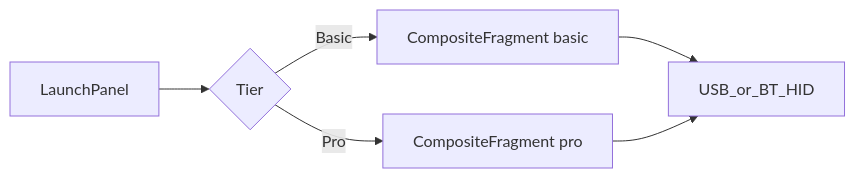
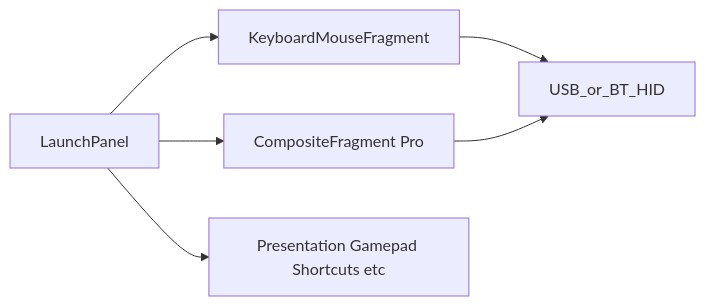
One commit to TechxArtisanStudio/Openterface_KeyCmd_Android changed the diagram in .cursor/plans/beginner_kbm_vs_pro_4c6a2ce1.plan.md. Above: the diagram before and after it, drawn with Mermaid. The commit also changed other lines of this file and 31 other files, not shown here.

First line of the commit message:
feat: add Keyboard & Mouse (Basic) mode and HID transport helpers

````diff
--- a/.cursor/plans/beginner_kbm_vs_pro_4c6a2ce1.plan.md
+++ b/.cursor/plans/beginner_kbm_vs_pro_4c6a2ce1.plan.md
@@ -251,13 +290,13 @@
 ```mermaid
 flowchart LR
   LaunchPanel[LaunchPanel]
-  TierChoice{Tier}
-  BasicFlow[CompositeFragment basic]
-  ProFlow[CompositeFragment pro]
+  KbMouse[KeyboardMouseFragment]
+  KbMousePro[CompositeFragment Pro]
+  Other[Presentation Gamepad Shortcuts etc]
   HID[USB_or_BT_HID]
-  LaunchPanel --> TierChoice
-  TierChoice -->|Basic| BasicFlow
-  TierChoice -->|Pro| ProFlow
-  BasicFlow --> HID
-  ProFlow --> HID
+  LaunchPanel --> KbMouse
+  LaunchPanel --> KbMousePro
+  LaunchPanel --> Other
+  KbMouse --> HID
+  KbMousePro --> HID
 ```
````
